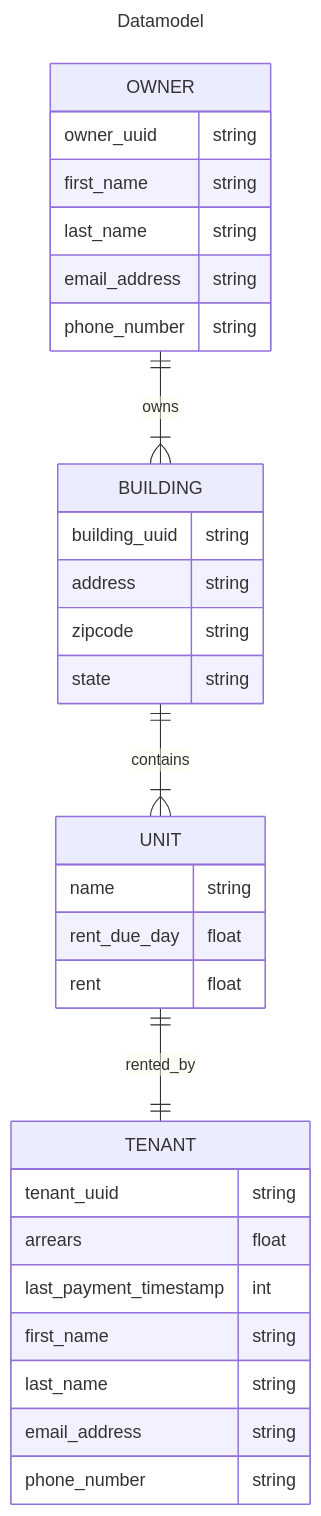
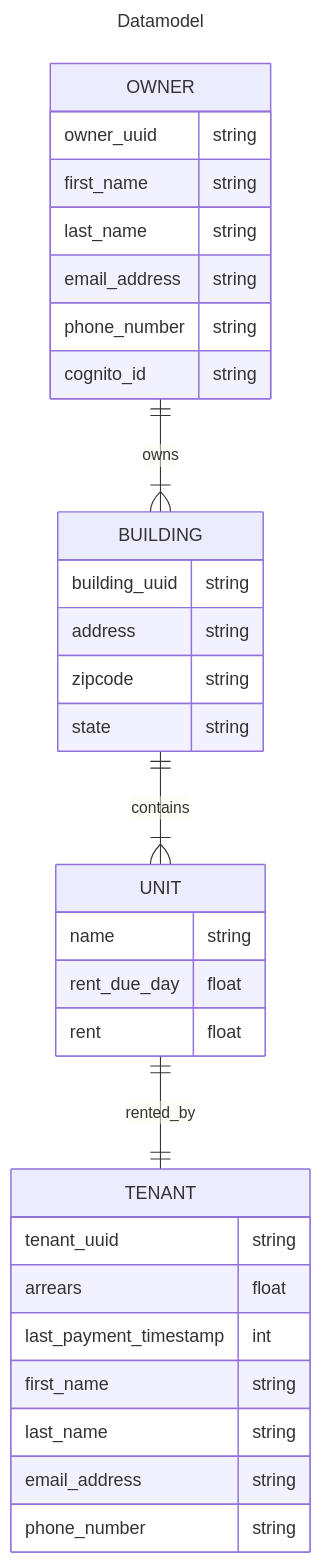
The diagram in dynamodb/README.md (dolfandringa/aws_terraform_interview), drawn with Mermaid before and after one commit.

Commit message:
Add cognito_id

````diff
--- a/dynamodb/README.md
+++ b/dynamodb/README.md
@@ -1,37 +1,38 @@
 ```mermaid
 ---
 title: Datamodel
 ---
 
 erDiagram
     OWNER ||--1+ BUILDING: owns
     OWNER {
         owner_uuid string
         first_name string
         last_name string
         email_address string
         phone_number string
+        cognito_id string
     }
     BUILDING 1--1+ UNIT: contains
     BUILDING {
         building_uuid string
         address string
         zipcode string
         state string
     }
     UNIT 1--1 TENANT: rented_by
     UNIT {
         name string
         rent_due_day float
         rent float
     }
     TENANT {
         tenant_uuid string
         arrears float
         last_payment_timestamp int
         first_name string
         last_name string
         email_address string
         phone_number string
     }
 ```
````
